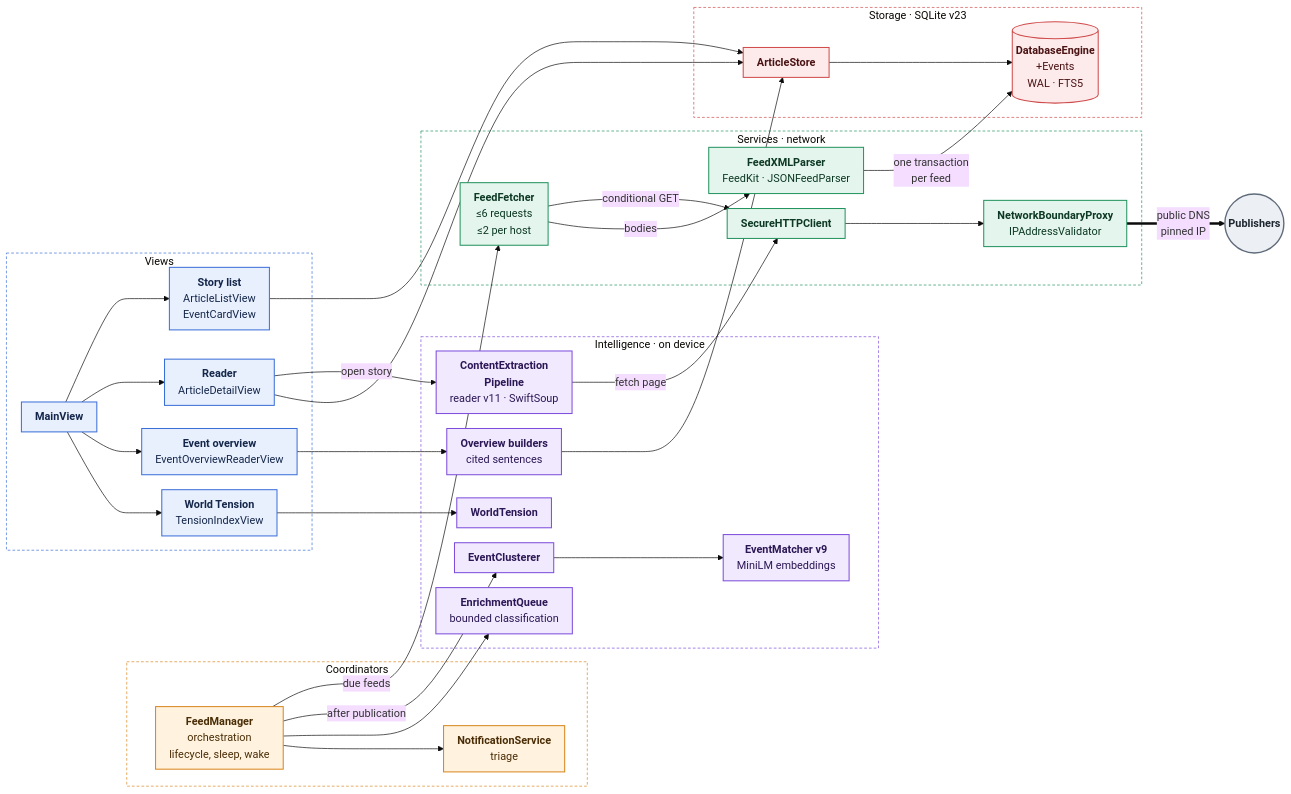
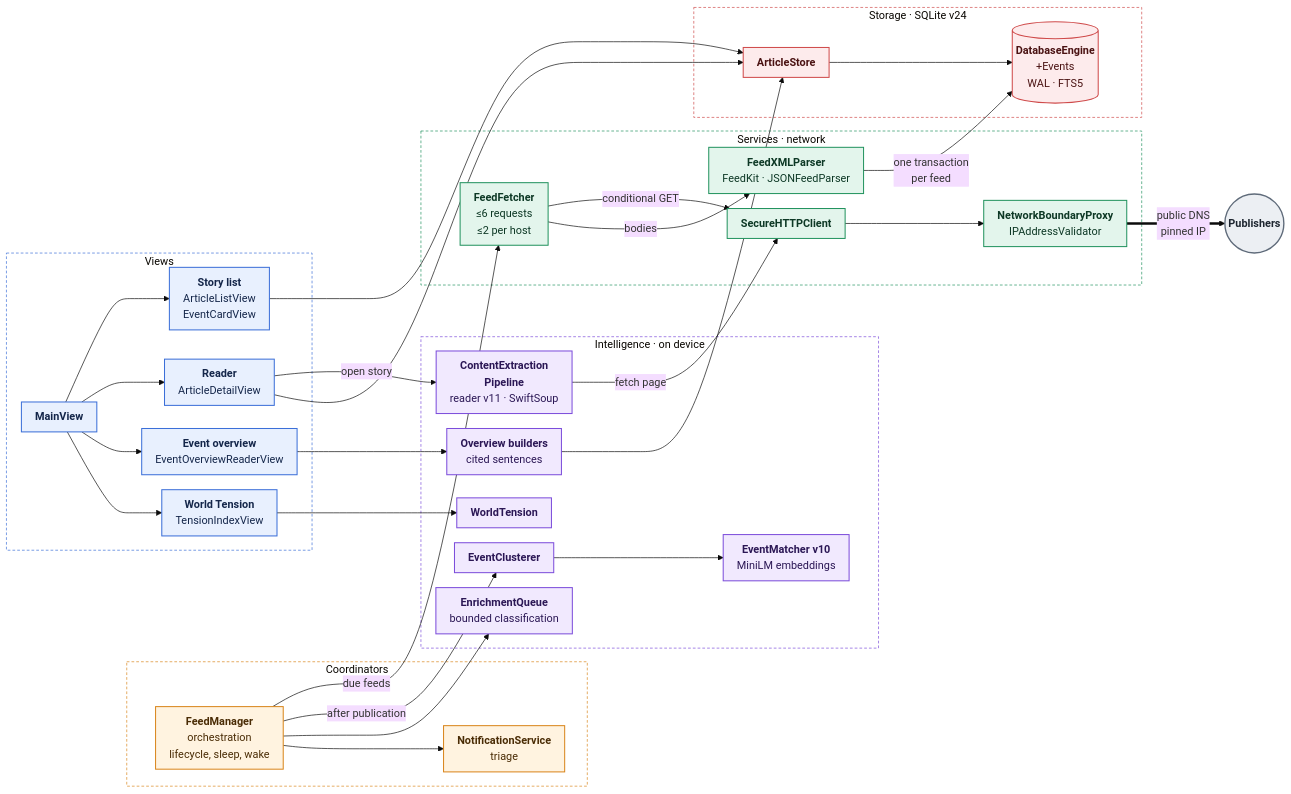
Before and after one commit to marspater/NewsApp-macOS: the first of 3 diagrams in docs/ARCHITECTURE.md, drawn with Mermaid (base theme). The commit also changed other lines of this file and 33 other files, not shown here.

````diff
--- a/docs/ARCHITECTURE.md
+++ b/docs/ARCHITECTURE.md
@@ -22,75 +22,75 @@
 ```mermaid
 %%{init: {"flowchart": {"curve": "basis", "nodeSpacing": 22, "rankSpacing": 44, "padding": 10}}}%%
 flowchart LR
     subgraph Coord["Coordinators"]
         FM["<b>FeedManager</b><br/>orchestration<br/>lifecycle, sleep, wake"]
         NS["<b>NotificationService</b><br/>triage"]
     end
 
     subgraph UI["Views"]
         Main["<b>MainView</b>"]
         List["<b>Story list</b><br/>ArticleListView<br/>EventCardView"]
         Reader["<b>Reader</b><br/>ArticleDetailView"]
         Overview["<b>Event overview</b><br/>EventOverviewReaderView"]
         Tension["<b>World Tension</b><br/>TensionIndexView"]
     end
 
     subgraph Intel["Intelligence · on device"]
         EQ["<b>EnrichmentQueue</b><br/>bounded classification"]
         EC["<b>EventClusterer</b>"]
-        EM["<b>EventMatcher v9</b><br/>MiniLM embeddings"]
+        EM["<b>EventMatcher v10</b><br/>MiniLM embeddings"]
         CEP["<b>ContentExtraction<br/>Pipeline</b><br/>reader v11 · SwiftSoup"]
         OV["<b>Overview builders</b><br/>cited sentences"]
         WT["<b>WorldTension</b>"]
     end
 
     subgraph Svc["Services · network"]
         FF["<b>FeedFetcher</b><br/>≤6 requests<br/>≤2 per host"]
         Parse["<b>FeedXMLParser</b><br/>FeedKit · JSONFeedParser"]
         HTTP["<b>SecureHTTPClient</b>"]
         GW["<b>NetworkBoundaryProxy</b><br/>IPAddressValidator"]
     end
 
-    subgraph Store["Storage · SQLite v23"]
+    subgraph Store["Storage · SQLite v24"]
         AS["<b>ArticleStore</b>"]
         DB[("<b>DatabaseEngine</b><br/>+Events<br/>WAL · FTS5")]
     end
 
     Net(("<b>Publishers</b>"))
 
     FM -->|due feeds| FF
     FM -->|after publication| EC
     FM --> EQ & NS
     EC --> EM
     FF -->|conditional GET| HTTP
     FF -->|bodies| Parse
     Parse -->|one transaction<br/>per feed| DB
     Main --> List & Reader & Overview & Tension
     Reader -->|open story| CEP
     CEP -->|fetch page| HTTP
     HTTP --> GW
     GW ==>|public DNS<br/>pinned IP| Net
     Overview --> OV
     OV --> AS
     List & Reader --> AS
     AS --> DB
     Tension --> WT
 
     classDef ui fill:#E8F0FE,stroke:#3B6FD8,stroke-width:1.5px,color:#14264A
     classDef coord fill:#FFF3E0,stroke:#D9861C,stroke-width:1.5px,color:#4A2C05
     classDef intel fill:#F1E9FE,stroke:#7C4DDB,stroke-width:1.5px,color:#2B1755
     classDef svc fill:#E3F5EC,stroke:#23935F,stroke-width:1.5px,color:#0D3825
     classDef store fill:#FDEBEC,stroke:#CF4A4A,stroke-width:1.5px,color:#4A1212
     classDef ext fill:#ECEFF3,stroke:#5F6B7A,stroke-width:2px,color:#1E2630
     class Main,List,Reader,Overview,Tension ui
     class FM,NS coord
     class CEP,EQ,EC,EM,OV,WT intel
     class FF,Parse,HTTP,GW svc
     class AS,DB store
     class Net ext
     style UI fill:none,stroke:#3B6FD8,stroke-dasharray:4 3
     style Coord fill:none,stroke:#D9861C,stroke-dasharray:4 3
     style Intel fill:none,stroke:#7C4DDB,stroke-dasharray:4 3
     style Svc fill:none,stroke:#23935F,stroke-dasharray:4 3
     style Store fill:none,stroke:#CF4A4A,stroke-dasharray:4 3
 ```
````
